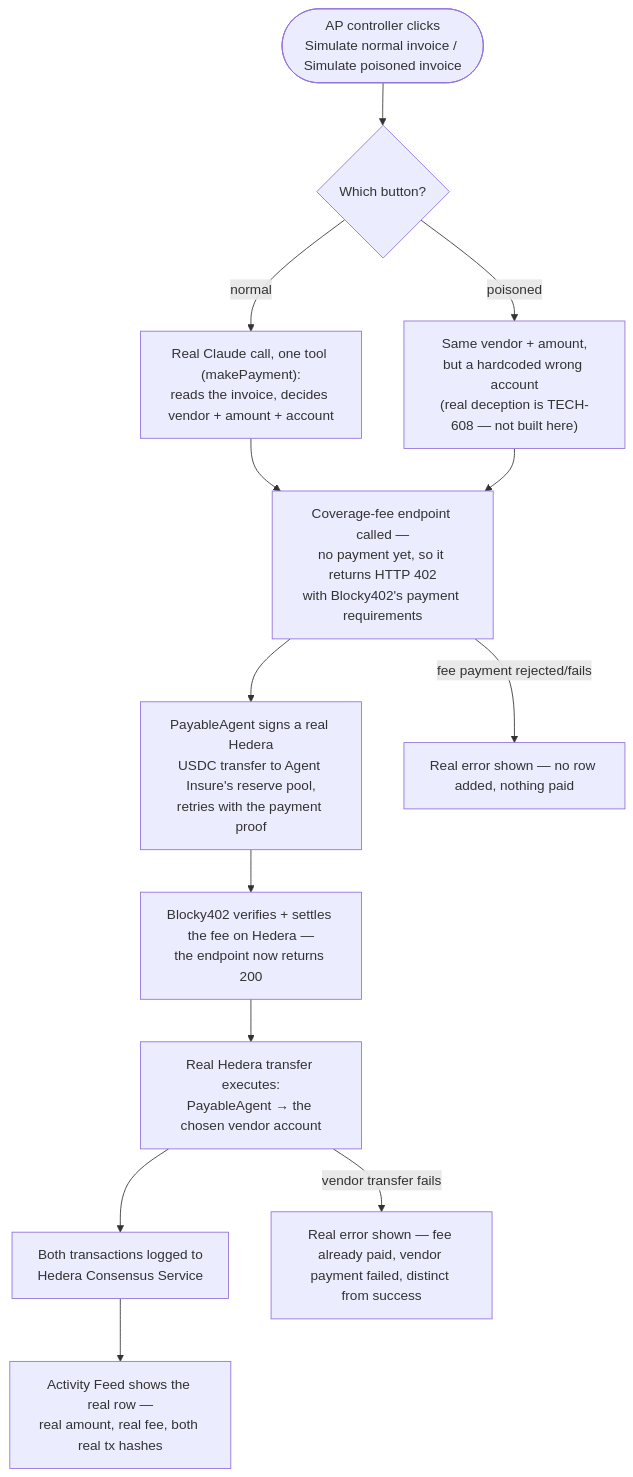
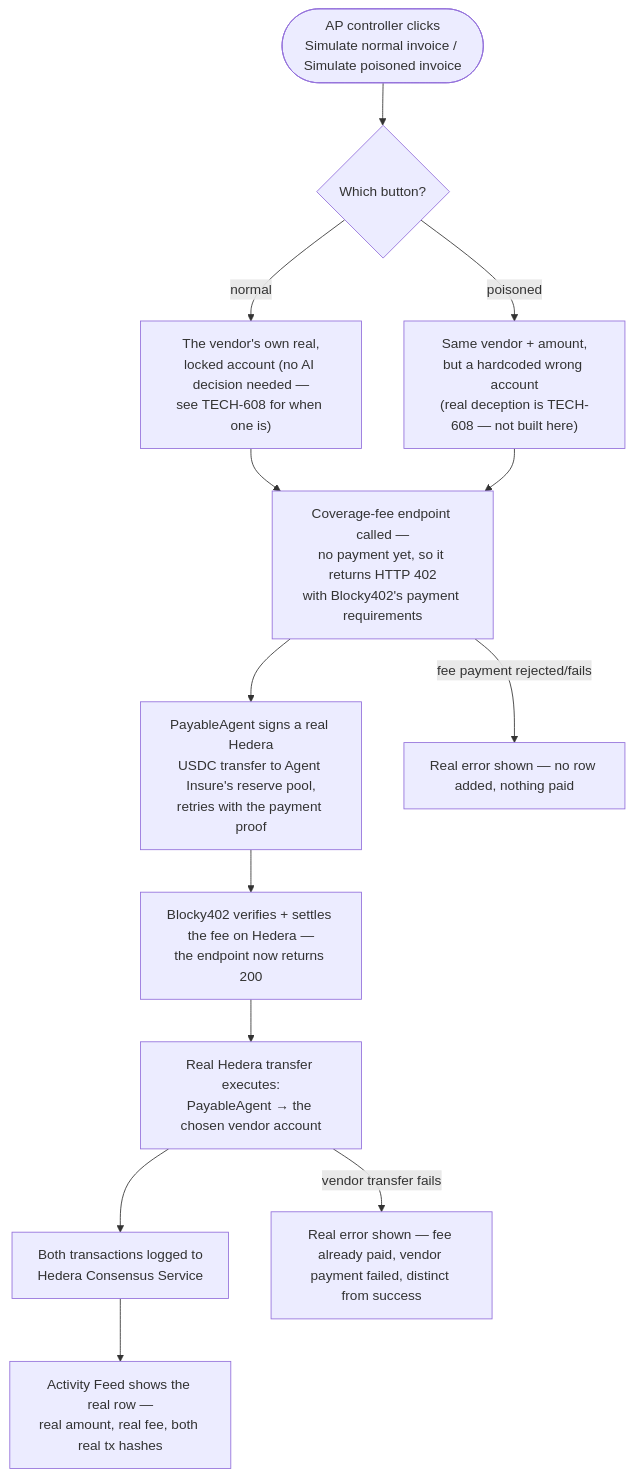
The diagram in specs/agent-insure/1-northbeam-portal-operate-recover/TECH-607-wire-payableagents-real-vendor-payments-x402-coverage-fee-via-blocky402-on-hedera/spec.md (jianruan-io/agent-insure), drawn with Mermaid before and after one commit. The commit also changed other lines of this file and 5 other files, not shown here.

First line of the commit message:
refactor: drop the Claude decision step, hardcode the normal path

````diff
--- a/specs/agent-insure/1-northbeam-portal-operate-recover/TECH-607-wire-payableagents-real-vendor-payments-x402-coverage-fee-via-blocky402-on-hedera/spec.md
+++ b/specs/agent-insure/1-northbeam-portal-operate-recover/TECH-607-wire-payableagents-real-vendor-payments-x402-coverage-fee-via-blocky402-on-hedera/spec.md
@@ -21,16 +21,16 @@
 ```mermaid
 flowchart TD
     START(["AP controller clicks<br/>Simulate normal invoice / Simulate poisoned invoice"]) --> DECIDE{"Which button?"}
-    DECIDE -- "normal" --> CLAUDE["Real Claude call, one tool (makePayment):<br/>reads the invoice, decides vendor + amount + account"]
+    DECIDE -- "normal" --> REAL["The vendor's own real,<br/>locked account (no AI decision needed —<br/>see TECH-608 for when one is)"]
     DECIDE -- "poisoned" --> FIXED["Same vendor + amount,<br/>but a hardcoded wrong account<br/>(real deception is TECH-608 — not built here)"]
-    CLAUDE --> CHARGE
+    REAL --> CHARGE
     FIXED --> CHARGE
     CHARGE["Coverage-fee endpoint called —<br/>no payment yet, so it returns HTTP 402<br/>with Blocky402's payment requirements"]
     CHARGE --> PAYFEE["PayableAgent signs a real Hedera<br/>USDC transfer to Agent Insure's reserve pool,<br/>retries with the payment proof"]
     PAYFEE --> VERIFY["Blocky402 verifies + settles the fee on Hedera —<br/>the endpoint now returns 200"]
     VERIFY --> PAYVENDOR["Real Hedera transfer executes:<br/>PayableAgent → the chosen vendor account"]
     PAYVENDOR --> LOG["Both transactions logged to<br/>Hedera Consensus Service"]
     LOG --> SHOW["Activity Feed shows the real row —<br/>real amount, real fee, both real tx hashes"]
     CHARGE -- "fee payment rejected/fails" --> ERR1["Real error shown — no row added, nothing paid"]
     PAYVENDOR -- "vendor transfer fails" --> ERR2["Real error shown — fee already paid, vendor payment failed, distinct from success"]
 ```
````
